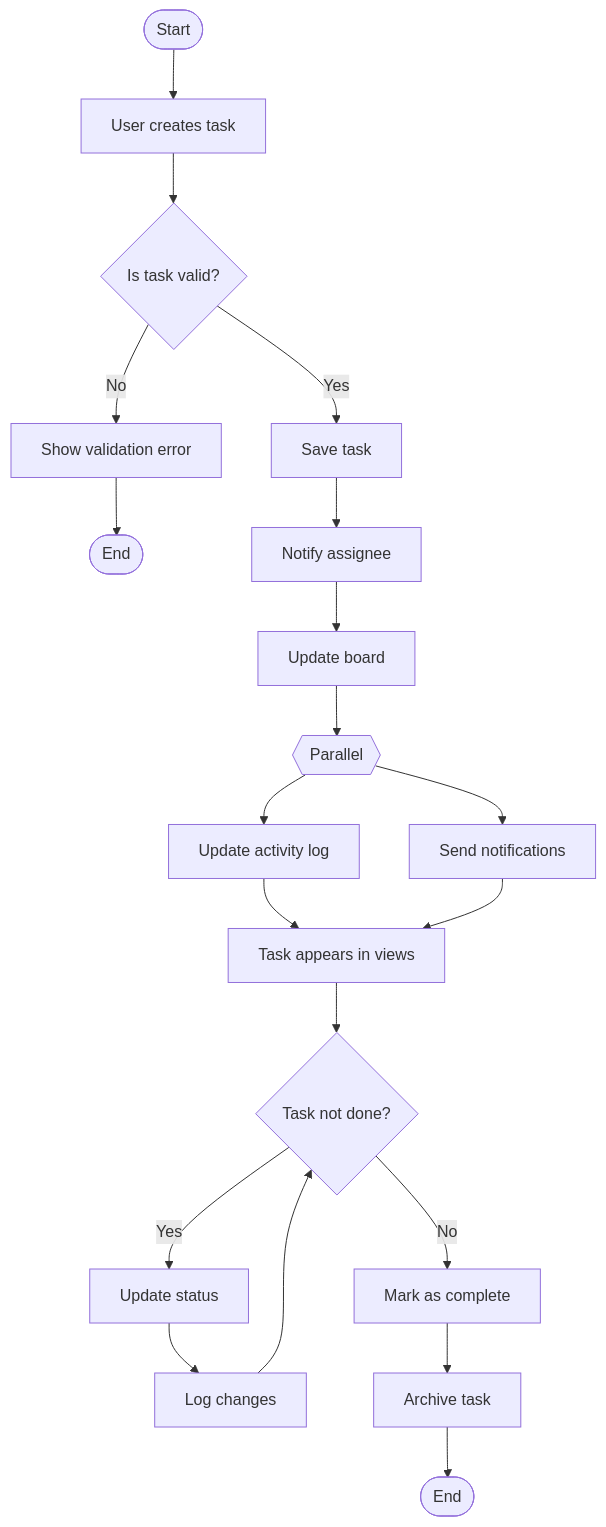
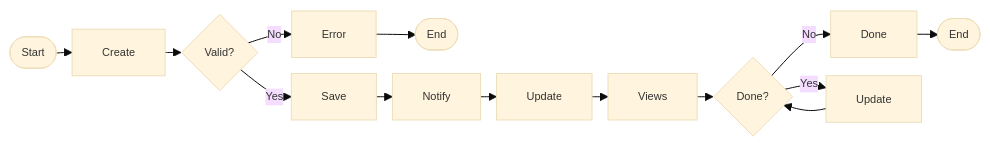
One commit to ritiku2004/Zira-Project-details changed the diagram in diagrams/activity.mmd. Above: the diagram before and after it, drawn with Mermaid. The commit also changed 2 other files, not shown here.

Commit message:
Diagrames added

```diff
--- a/diagrams/activity.mmd
+++ b/diagrams/activity.mmd
@@ -1,26 +1,20 @@
-flowchart TD
-  Start([Start]) --> CreateTask[User creates task]
-  CreateTask --> IsValid{Is task valid?}
+%%{init: {"theme":"base","flowchart": {"nodeSpacing": 16, "rankSpacing": 16, "curve":"basis"}, "themeVariables": {"fontSize": "11px"}}}%%
+flowchart LR
+  Start([Start]) --> Create[Create]
+  Create --> Valid{Valid?}
   
-  IsValid -->|Yes| SaveTask[Save task]
-  IsValid -->|No| ShowError[Show validation error]
-  ShowError --> End1([End])
+  Valid -->|Yes| Save[Save]
+  Valid -->|No| Error[Error]
+  Error --> End1([End])
   
-  SaveTask --> NotifyAssignee[Notify assignee]
-  NotifyAssignee --> UpdateBoard[Update board]
+  Save --> Notify[Notify]
+  Notify --> Update[Update]
   
-  UpdateBoard --> parallel1{{Parallel}}
-  parallel1 --> UpdateLog[Update activity log]
-  parallel1 --> SendNotif[Send notifications]
+  Update --> Views[Views]
+  Views --> Loop{Done?}
   
-  UpdateLog --> ShowInViews[Task appears in views]
-  SendNotif --> ShowInViews
+  Loop -->|No| Complete[Done]
+  Loop -->|Yes| Status[Update]
+  Status --> Loop
   
-  ShowInViews --> TaskLoop{Task not done?}
-  TaskLoop -->|Yes| UpdateStatus[Update status]
-  UpdateStatus --> LogChanges[Log changes]
-  LogChanges --> TaskLoop
-  
-  TaskLoop -->|No| MarkComplete[Mark as complete]
-  MarkComplete --> Archive[Archive task]
-  Archive --> End2([End])
+  Complete --> End2([End])
```
